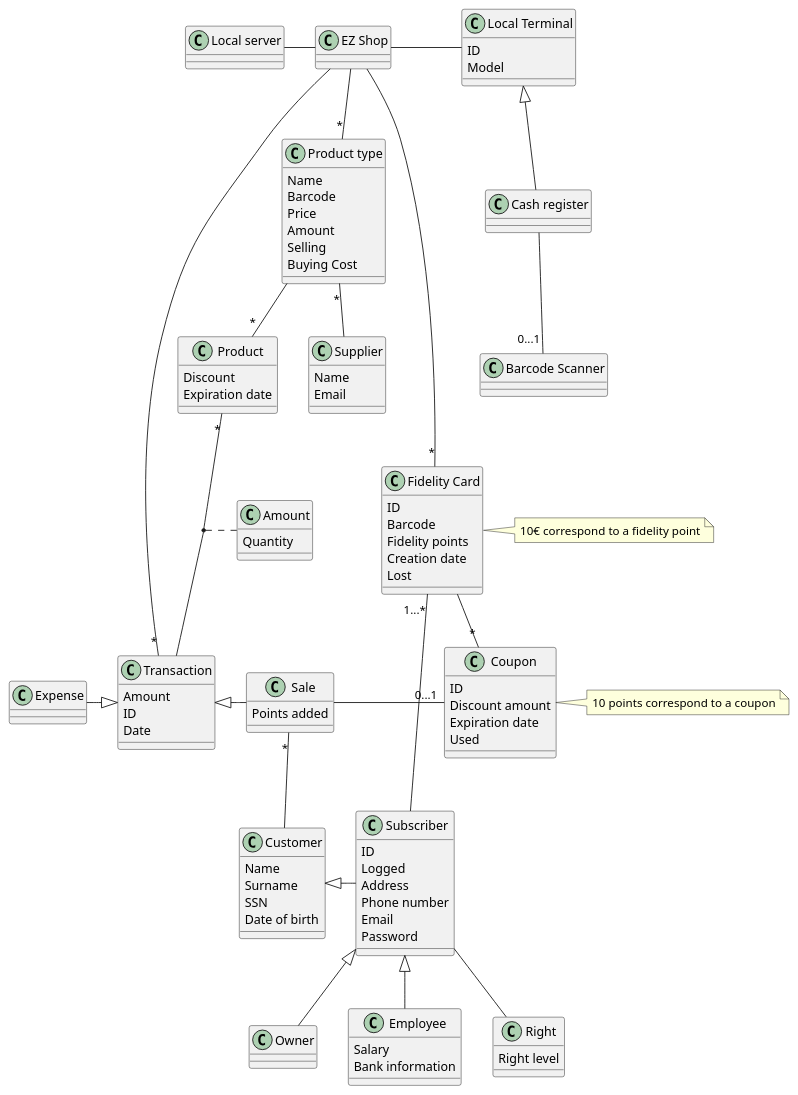
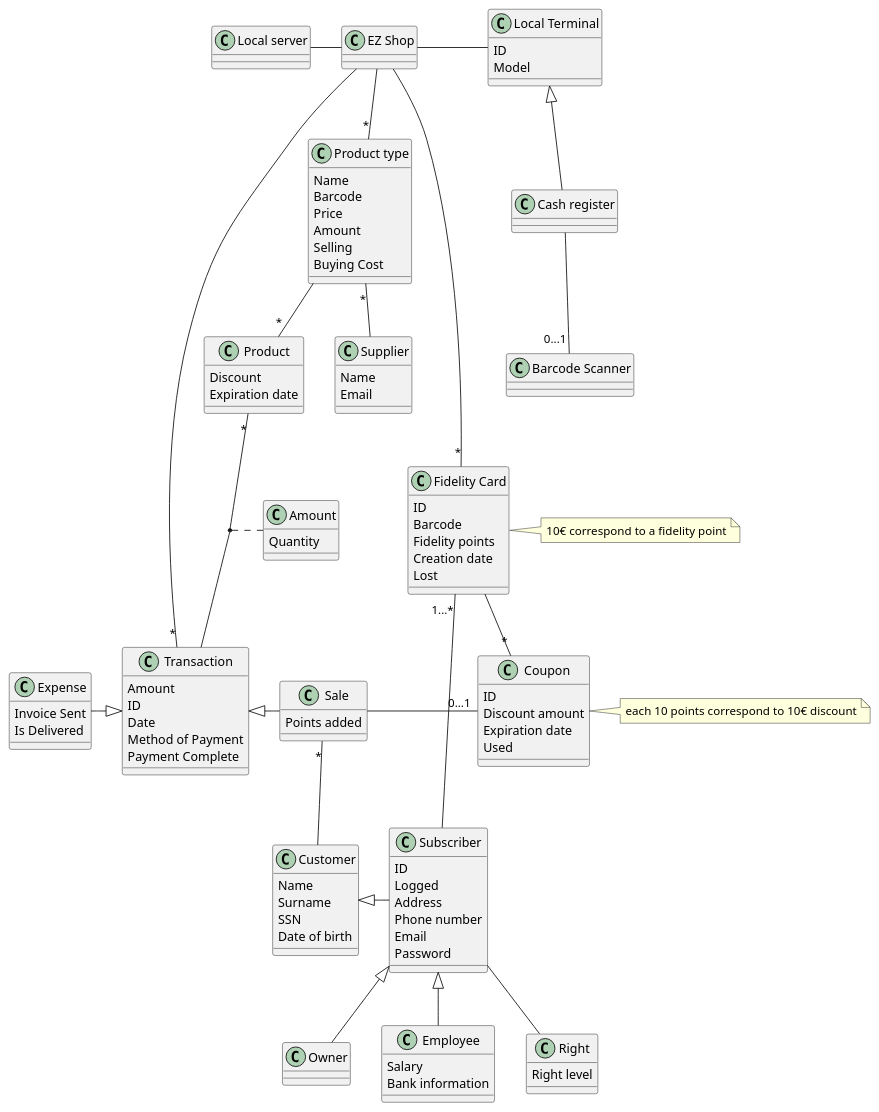
Before and after one commit to nicolabattaglino/ezshop: the fifth of 7 diagrams in Deliverables/RequirementsDocument.md, drawn with PlantUML. The commit also changed other lines of this file and 10 other files, not shown here.

```diff
--- a/Deliverables/RequirementsDocument.md
+++ b/Deliverables/RequirementsDocument.md
@@ -837,8 +839,12 @@
 Amount
 ID
 Date
+Method of Payment
+Payment Complete
 }
 class "Expense" as expense {
+	Invoice Sent
+	Is Delivered
 }
 
 class "Sale" as sale{
@@ -864,7 +870,7 @@
 Email
 }
 
-note right of coupon : 10 points correspond to a coupon 
+note right of coupon : each 10 points correspond to 10€ discount
 note right of fidelityCard :10€ correspond to a fidelity point
 
 subscriber <|-- owner
```
